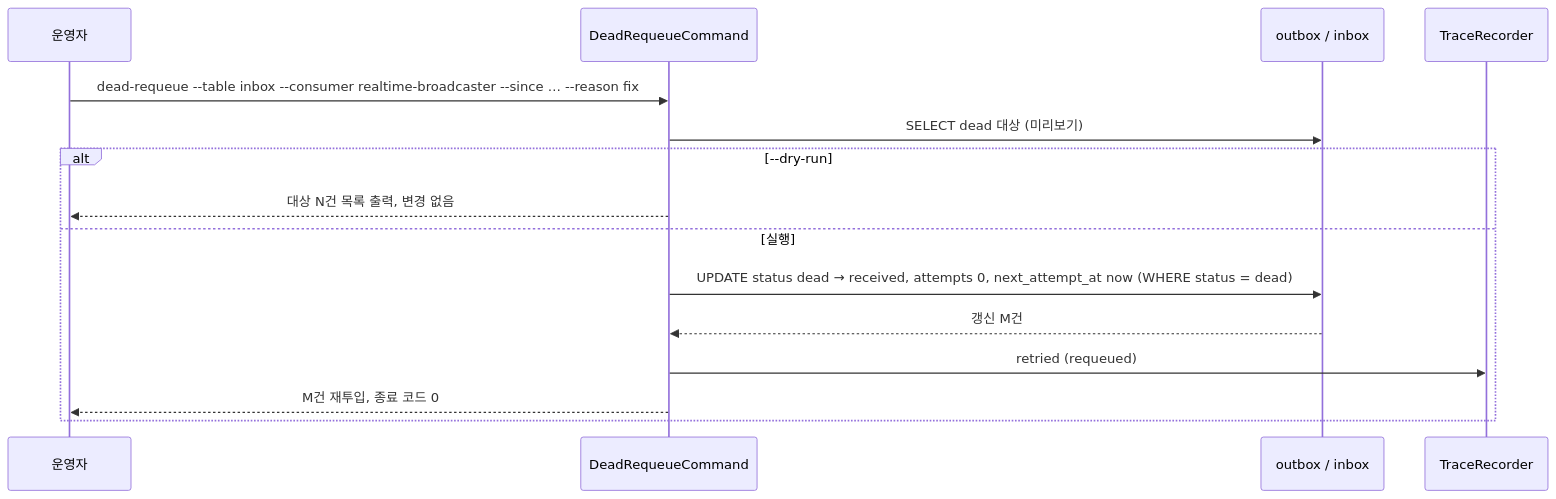
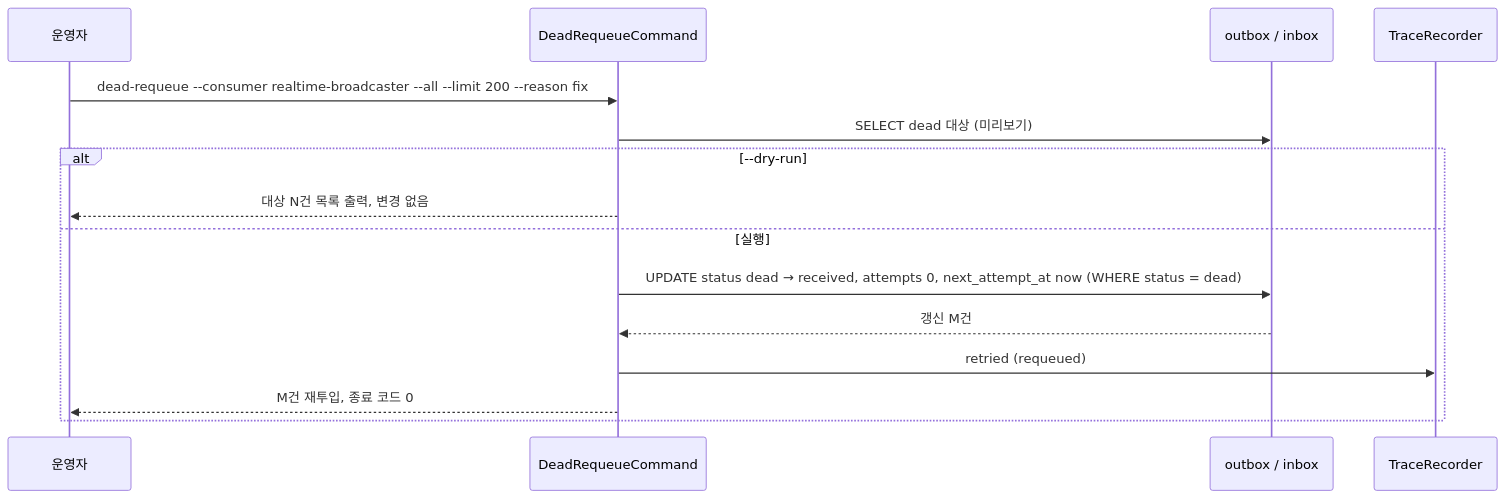
Before and after one commit to 1985jwlee/portpolio_backend: diagram 27 of 47 in docs/design/features/13-events-pipeline.md, drawn with Mermaid. The commit also changed other lines of this file and 33 other files, not shown here.

````diff
--- a/docs/design/features/13-events-pipeline.md
+++ b/docs/design/features/13-events-pipeline.md
@@ -1231,17 +1256,17 @@
 ```mermaid
 sequenceDiagram
     participant Op as 운영자
     participant CLI as DeadRequeueCommand
     participant DB as outbox / inbox
     participant TR as TraceRecorder
-    Op->>CLI: dead-requeue --table inbox --consumer realtime-broadcaster --since … --reason fix
+    Op->>CLI: dead-requeue --consumer realtime-broadcaster --all --limit 200 --reason fix
     CLI->>DB: SELECT dead 대상 (미리보기)
     alt --dry-run
         CLI-->>Op: 대상 N건 목록 출력, 변경 없음
     else 실행
         CLI->>DB: UPDATE status dead → received, attempts 0, next_attempt_at now (WHERE status = dead)
         DB-->>CLI: 갱신 M건
         CLI->>TR: retried (requeued)
         CLI-->>Op: M건 재투입, 종료 코드 0
     end
 ```
````
